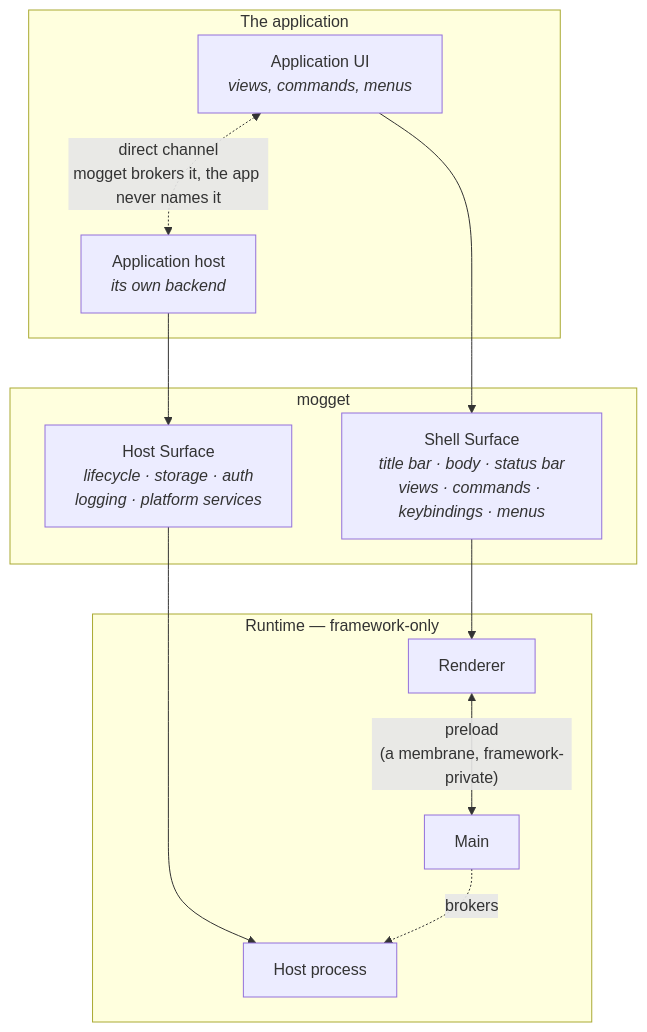
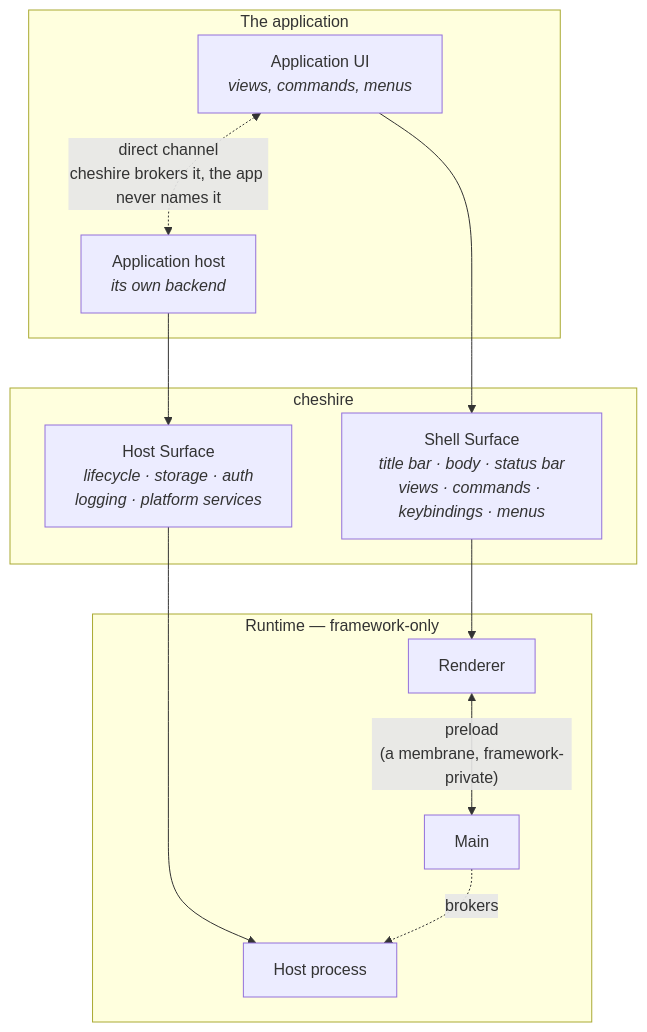
One commit to meersajidh/cheshire changed the diagram in docs/application-surface.md. Above: the diagram before and after it, drawn with Mermaid. The commit also changed other lines of this file and 58 other files, not shown here.

````diff
--- a/docs/application-surface.md
+++ b/docs/application-surface.md
@@ -110,26 +110,26 @@
 ```mermaid
 flowchart TB
   subgraph app["The application"]
     UI["Application UI<br/><i>views, commands, menus</i>"]
     HOST["Application host<br/><i>its own backend</i>"]
   end
 
-  subgraph mogget["mogget"]
+  subgraph cheshire["cheshire"]
     WS["Shell Surface<br/><i>title bar · body · status bar<br/>views · commands · keybindings · menus</i>"]
     HS["Host Surface<br/><i>lifecycle · storage · auth<br/>logging · platform services</i>"]
   end
 
   subgraph rt["Runtime — framework-only"]
     R["Renderer"]
     M["Main"]
     H["Host process"]
   end
 
   UI --> WS
   HOST --> HS
   WS --> R
   HS --> H
   R <-->|"preload<br/>(a membrane, framework-private)"| M
   M -. brokers .-> H
-  UI <-.->|"direct channel<br/>mogget brokers it, the app never names it"| HOST
+  UI <-.->|"direct channel<br/>cheshire brokers it, the app never names it"| HOST
 ```
````
